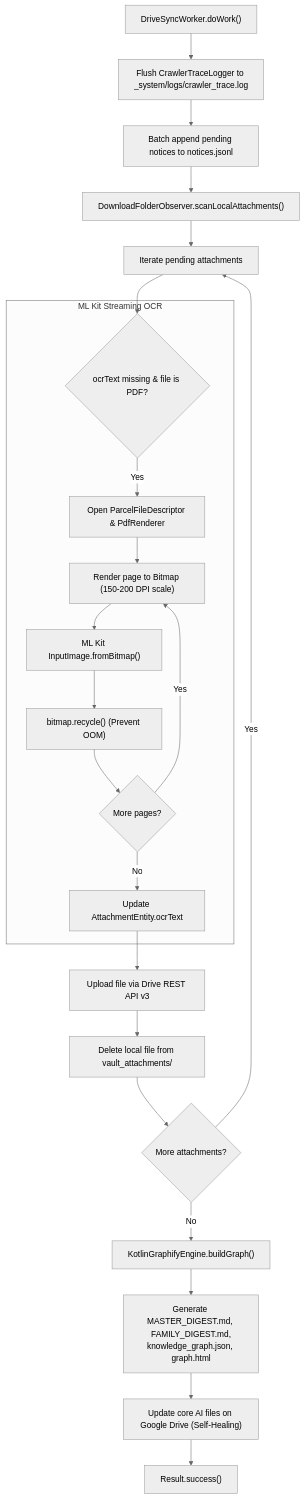
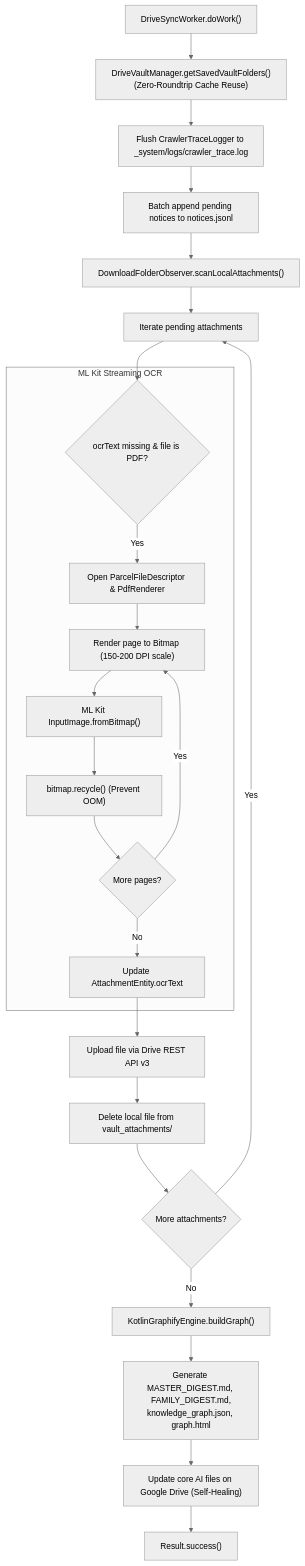
Before and after one commit to daarshnicsanjeev/K.I.D.S: the fourth of 6 diagrams in docs/TECHNICAL_ARCHITECTURE.md, drawn with Mermaid (neutral theme). The commit also changed other lines of this file and 13 other files, not shown here.

````diff
--- a/docs/TECHNICAL_ARCHITECTURE.md
+++ b/docs/TECHNICAL_ARCHITECTURE.md
@@ -352,29 +352,30 @@
 ```mermaid
 flowchart TD
-    START["DriveSyncWorker.doWork()"] --> LOGS["Flush CrawlerTraceLogger to _system/logs/crawler_trace.log"]
+    START["DriveSyncWorker.doWork()"] --> RESOLVE_VAULT["DriveVaultManager.getSavedVaultFolders()<br/>(Zero-Roundtrip Cache Reuse)"]
+    RESOLVE_VAULT --> LOGS["Flush CrawlerTraceLogger to _system/logs/crawler_trace.log"]
     LOGS --> BATCH_NOTICES["Batch append pending notices to notices.jsonl"]
     BATCH_NOTICES --> SCAN_STORAGE["DownloadFolderObserver.scanLocalAttachments()"]
     SCAN_STORAGE --> ATTS_LOOP["Iterate pending attachments"]
 
     subgraph OCR_PIPELINE["ML Kit Streaming OCR"]
         CHECK_OCR{"ocrText missing & file is PDF?"}
         CHECK_OCR -->|Yes| OPEN_PDF["Open ParcelFileDescriptor & PdfRenderer"]
         OPEN_PDF --> RENDER_PAGE["Render page to Bitmap (150-200 DPI scale)"]
         RENDER_PAGE --> RECOGNIZE["ML Kit InputImage.fromBitmap()"]
         RECOGNIZE --> RECYCLE["bitmap.recycle() (Prevent OOM)"]
         RECYCLE --> NEXT_PAGE{"More pages?"}
         NEXT_PAGE -->|Yes| RENDER_PAGE
         NEXT_PAGE -->|No| SAVE_OCR["Update AttachmentEntity.ocrText"]
     end
 
     ATTS_LOOP --> CHECK_OCR
     SAVE_OCR --> DRIVE_UPLOAD["Upload file via Drive REST API v3"]
     DRIVE_UPLOAD --> CLEAN_STAGING["Delete local file from vault_attachments/"]
     CLEAN_STAGING --> NEXT_ATT{"More attachments?"}
     NEXT_ATT -->|Yes| ATTS_LOOP
     NEXT_ATT -->|No| KNOWLEDGE_GRAPH["KotlinGraphifyEngine.buildGraph()"]
 
     KNOWLEDGE_GRAPH --> EXPORT_AI["Generate MASTER_DIGEST.md, FAMILY_DIGEST.md,<br/>knowledge_graph.json, graph.html"]
     EXPORT_AI --> DRIVE_UPDATE["Update core AI files on Google Drive (Self-Healing)"]
     DRIVE_UPDATE --> FINISH["Result.success()"]
 ```
````
